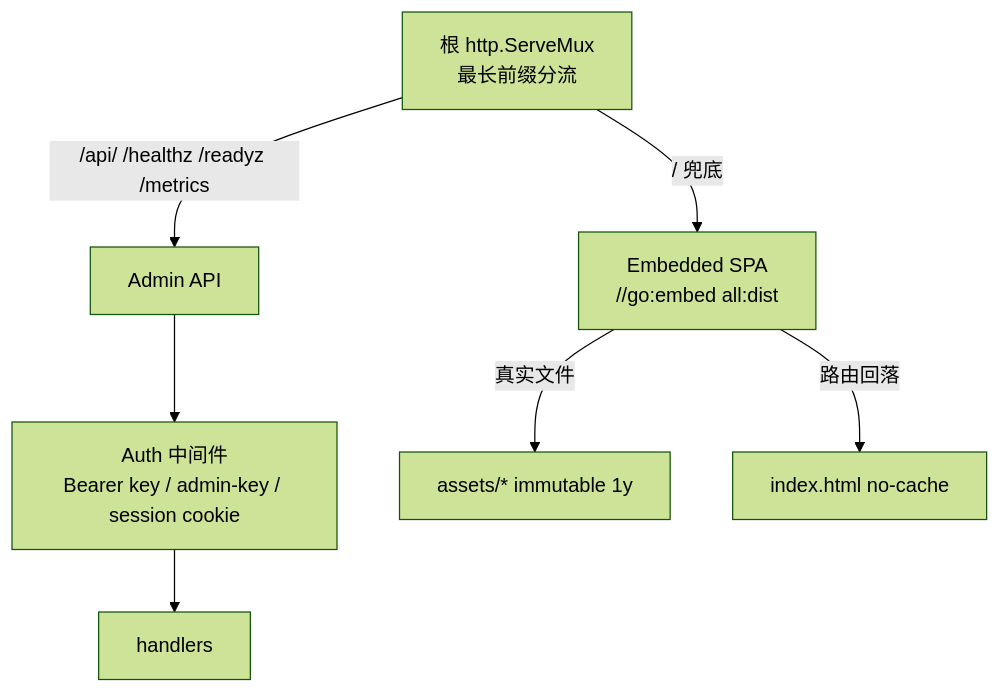
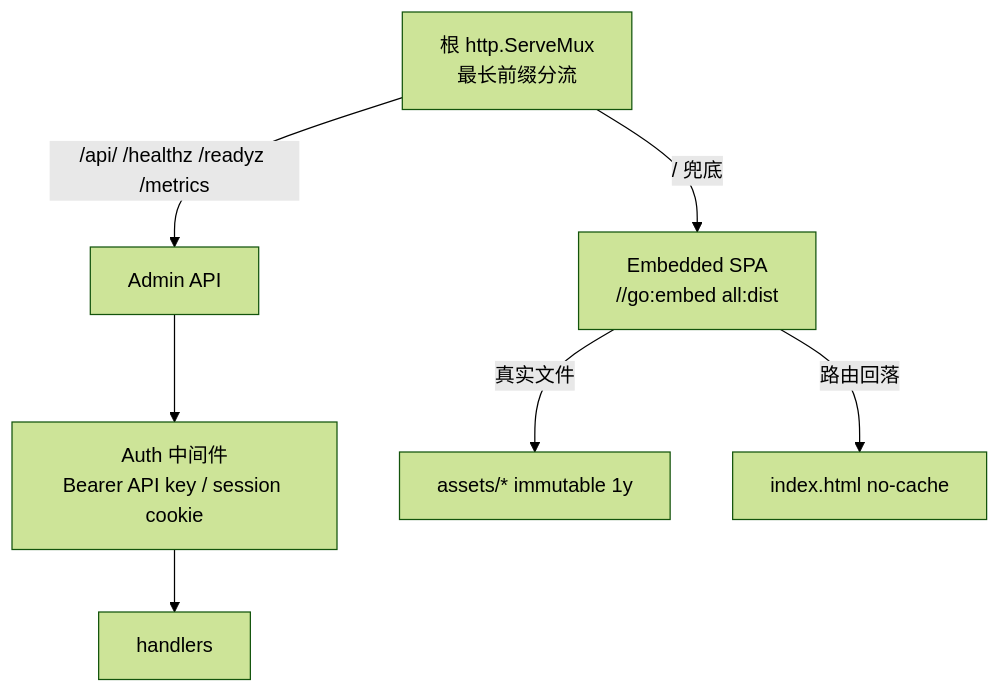
One commit to ivanzzeth/specula changed the ninth of 10 diagrams in docs/ARCHITECTURE.md. Above: the diagram before and after it, drawn with Mermaid (forest theme). The commit also changed other lines of this file and 14 other files, not shown here.

````diff
--- a/docs/ARCHITECTURE.md
+++ b/docs/ARCHITECTURE.md
@@ -413,10 +413,10 @@
 ```mermaid
 graph TB
     root[根 http.ServeMux<br/>最长前缀分流]
     root -->|/api/ /healthz /readyz /metrics| api[Admin API]
     root -->|/ 兜底| spa[Embedded SPA<br/>//go:embed all:dist]
-    api --> mw[Auth 中间件<br/>Bearer key / admin-key / session cookie]
+    api --> mw[Auth 中间件<br/>Bearer API key / session cookie]
     mw --> h[handlers]
     spa -->|真实文件| asset[assets/* immutable 1y]
     spa -->|路由回落| index[index.html no-cache]
 ```
````
